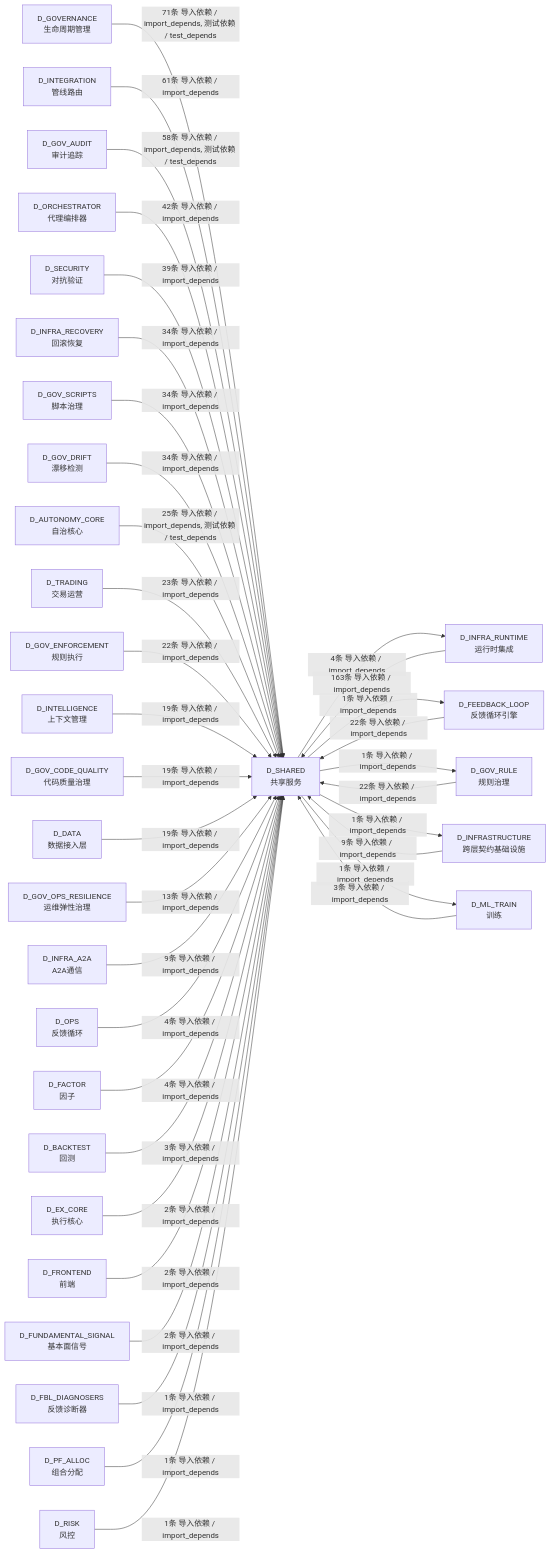
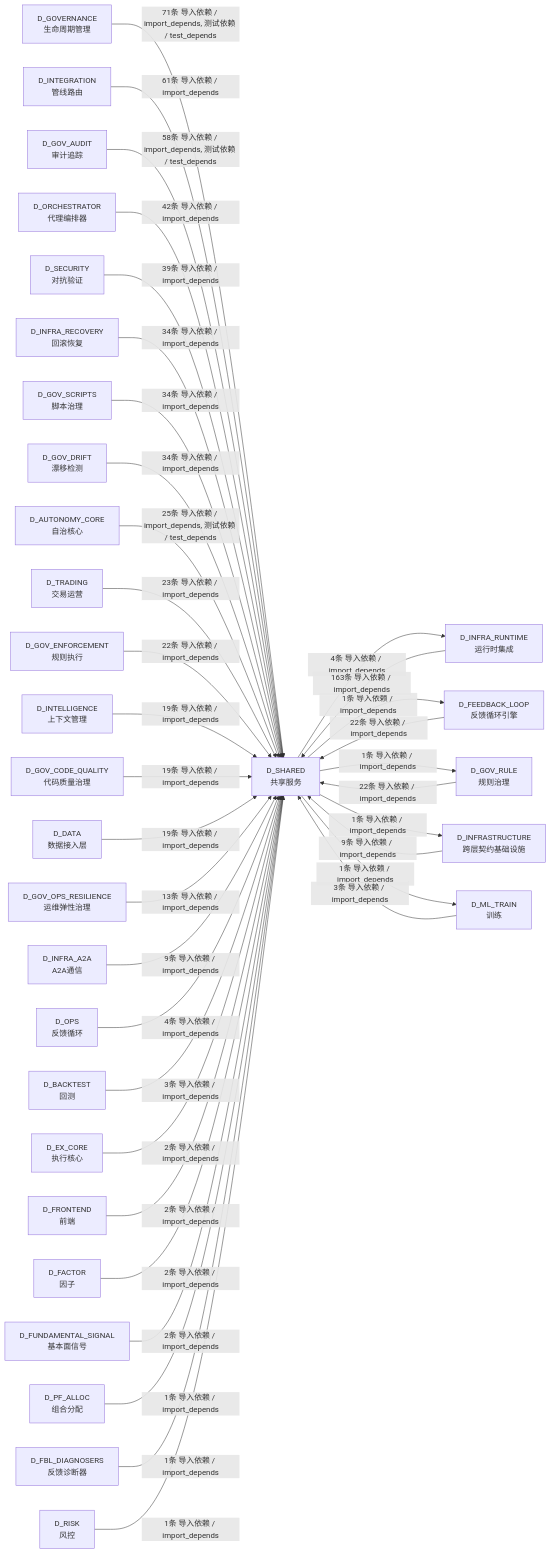
Before and after one commit to xuanFelixVan/ZephyrAlpha: the ninth of 9 diagrams in docs/02_enterprise_architecture/02_domain_architecture_docs/08_d_shared.md, drawn with Mermaid. The commit also changed other lines of this file and 20 other files, not shown here.

````diff
--- a/docs/02_enterprise_architecture/02_domain_architecture_docs/08_d_shared.md
+++ b/docs/02_enterprise_architecture/02_domain_architecture_docs/08_d_shared.md
@@ -1847,69 +1843,69 @@
 ```mermaid
 graph LR
     D_SHARED["D_SHARED<br/>共享服务"]
     D_INFRA_RUNTIME["D_INFRA_RUNTIME<br/>运行时集成"]
     D_FEEDBACK_LOOP["D_FEEDBACK_LOOP<br/>反馈循环引擎"]
     D_GOV_RULE["D_GOV_RULE<br/>规则治理"]
     D_INFRASTRUCTURE["D_INFRASTRUCTURE<br/>跨层契约基础设施"]
     D_ML_TRAIN["D_ML_TRAIN<br/>训练"]
     D_GOVERNANCE["D_GOVERNANCE<br/>生命周期管理"]
     D_INTEGRATION["D_INTEGRATION<br/>管线路由"]
     D_GOV_AUDIT["D_GOV_AUDIT<br/>审计追踪"]
     D_ORCHESTRATOR["D_ORCHESTRATOR<br/>代理编排器"]
     D_SECURITY["D_SECURITY<br/>对抗验证"]
     D_INFRA_RECOVERY["D_INFRA_RECOVERY<br/>回滚恢复"]
     D_GOV_SCRIPTS["D_GOV_SCRIPTS<br/>脚本治理"]
     D_GOV_DRIFT["D_GOV_DRIFT<br/>漂移检测"]
     D_AUTONOMY_CORE["D_AUTONOMY_CORE<br/>自治核心"]
     D_TRADING["D_TRADING<br/>交易运营"]
     D_GOV_ENFORCEMENT["D_GOV_ENFORCEMENT<br/>规则执行"]
     D_INTELLIGENCE["D_INTELLIGENCE<br/>上下文管理"]
     D_GOV_CODE_QUALITY["D_GOV_CODE_QUALITY<br/>代码质量治理"]
     D_DATA["D_DATA<br/>数据接入层"]
     D_GOV_OPS_RESILIENCE["D_GOV_OPS_RESILIENCE<br/>运维弹性治理"]
     D_INFRA_A2A["D_INFRA_A2A<br/>A2A通信"]
     D_OPS["D_OPS<br/>反馈循环"]
-    D_FACTOR["D_FACTOR<br/>因子"]
     D_BACKTEST["D_BACKTEST<br/>回测"]
     D_EX_CORE["D_EX_CORE<br/>执行核心"]
     D_FRONTEND["D_FRONTEND<br/>前端"]
+    D_FACTOR["D_FACTOR<br/>因子"]
     D_FUNDAMENTAL_SIGNAL["D_FUNDAMENTAL_SIGNAL<br/>基本面信号"]
+    D_PF_ALLOC["D_PF_ALLOC<br/>组合分配"]
     D_FBL_DIAGNOSERS["D_FBL_DIAGNOSERS<br/>反馈诊断器"]
-    D_PF_ALLOC["D_PF_ALLOC<br/>组合分配"]
     D_RISK["D_RISK<br/>风控"]
     D_SHARED -->|4条 导入依赖 / import_depends| D_INFRA_RUNTIME
     D_SHARED -->|1条 导入依赖 / import_depends| D_FEEDBACK_LOOP
     D_SHARED -->|1条 导入依赖 / import_depends| D_GOV_RULE
     D_SHARED -->|1条 导入依赖 / import_depends| D_INFRASTRUCTURE
     D_SHARED -->|1条 导入依赖 / import_depends| D_ML_TRAIN
     D_INFRA_RUNTIME -->|163条 导入依赖 / import_depends| D_SHARED
     D_GOVERNANCE -->|71条 导入依赖 / import_depends, 测试依赖 / test_depends| D_SHARED
     D_INTEGRATION -->|61条 导入依赖 / import_depends| D_SHARED
     D_GOV_AUDIT -->|58条 导入依赖 / import_depends, 测试依赖 / test_depends| D_SHARED
     D_ORCHESTRATOR -->|42条 导入依赖 / import_depends| D_SHARED
     D_SECURITY -->|39条 导入依赖 / import_depends| D_SHARED
     D_INFRA_RECOVERY -->|34条 导入依赖 / import_depends| D_SHARED
     D_GOV_SCRIPTS -->|34条 导入依赖 / import_depends| D_SHARED
     D_GOV_DRIFT -->|34条 导入依赖 / import_depends| D_SHARED
     D_AUTONOMY_CORE -->|25条 导入依赖 / import_depends, 测试依赖 / test_depends| D_SHARED
     D_TRADING -->|23条 导入依赖 / import_depends| D_SHARED
     D_FEEDBACK_LOOP -->|22条 导入依赖 / import_depends| D_SHARED
     D_GOV_RULE -->|22条 导入依赖 / import_depends| D_SHARED
     D_GOV_ENFORCEMENT -->|22条 导入依赖 / import_depends| D_SHARED
     D_INTELLIGENCE -->|19条 导入依赖 / import_depends| D_SHARED
     D_GOV_CODE_QUALITY -->|19条 导入依赖 / import_depends| D_SHARED
     D_DATA -->|19条 导入依赖 / import_depends| D_SHARED
     D_GOV_OPS_RESILIENCE -->|13条 导入依赖 / import_depends| D_SHARED
     D_INFRASTRUCTURE -->|9条 导入依赖 / import_depends| D_SHARED
     D_INFRA_A2A -->|9条 导入依赖 / import_depends| D_SHARED
     D_OPS -->|4条 导入依赖 / import_depends| D_SHARED
-    D_FACTOR -->|4条 导入依赖 / import_depends| D_SHARED
     D_BACKTEST -->|3条 导入依赖 / import_depends| D_SHARED
     D_ML_TRAIN -->|3条 导入依赖 / import_depends| D_SHARED
     D_EX_CORE -->|2条 导入依赖 / import_depends| D_SHARED
     D_FRONTEND -->|2条 导入依赖 / import_depends| D_SHARED
+    D_FACTOR -->|2条 导入依赖 / import_depends| D_SHARED
     D_FUNDAMENTAL_SIGNAL -->|2条 导入依赖 / import_depends| D_SHARED
+    D_PF_ALLOC -->|1条 导入依赖 / import_depends| D_SHARED
     D_FBL_DIAGNOSERS -->|1条 导入依赖 / import_depends| D_SHARED
-    D_PF_ALLOC -->|1条 导入依赖 / import_depends| D_SHARED
     D_RISK -->|1条 导入依赖 / import_depends| D_SHARED
 ```
````
